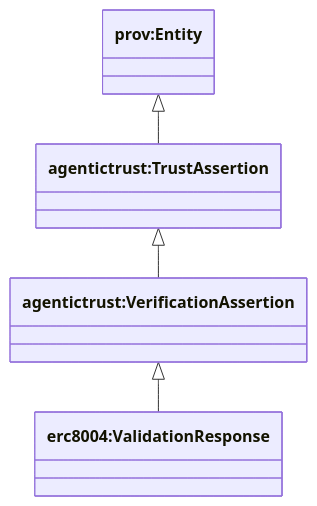
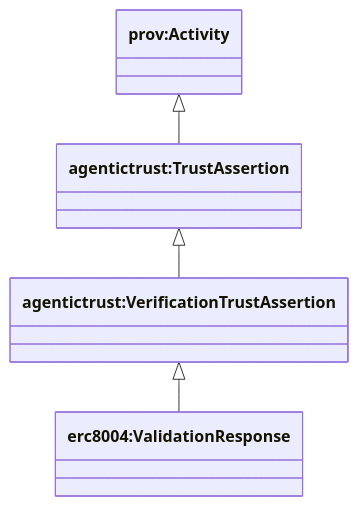
The first of 2 diagrams in docs/ontology/verificationassertion.md (Agentic-Trust-Layer/agent-explorer), drawn with Mermaid before and after one commit. The commit also changed other lines of this file and 22 other files, not shown here.

````diff
--- a/docs/ontology/verificationassertion.md
+++ b/docs/ontology/verificationassertion.md
@@ -7,13 +7,13 @@
 ```mermaid
 classDiagram
 direction TB
 
-class provEntity["prov:Entity"]
+class provActivity["prov:Activity"]
 class TrustAssertion["agentictrust:TrustAssertion"]
-class VerificationAssertion["agentictrust:VerificationAssertion"]
+class VerificationAssertion["agentictrust:VerificationTrustAssertion"]
 class ValidationResponse["erc8004:ValidationResponse"]
 
-provEntity <|-- TrustAssertion
+provActivity <|-- TrustAssertion
 TrustAssertion <|-- VerificationAssertion
 VerificationAssertion <|-- ValidationResponse
 ```
````
